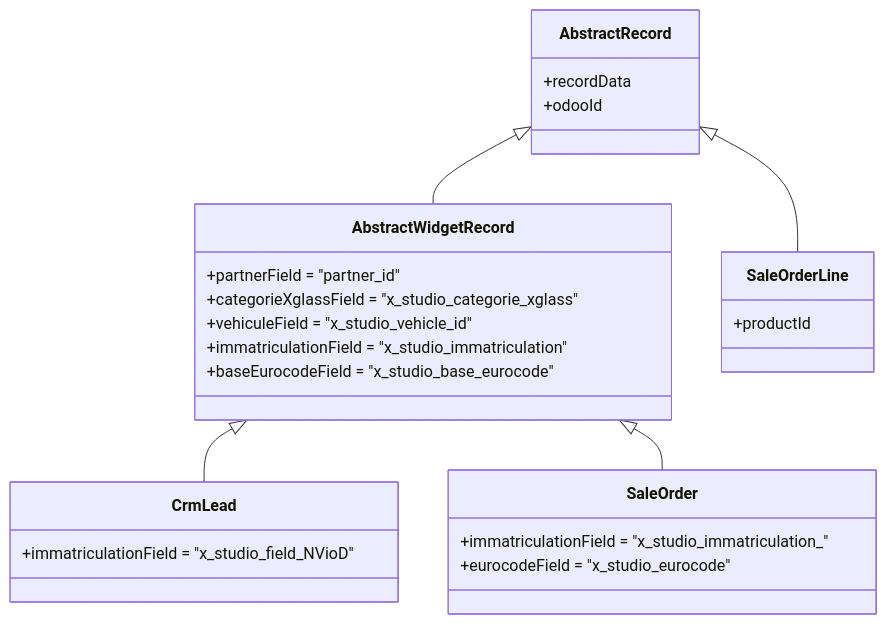
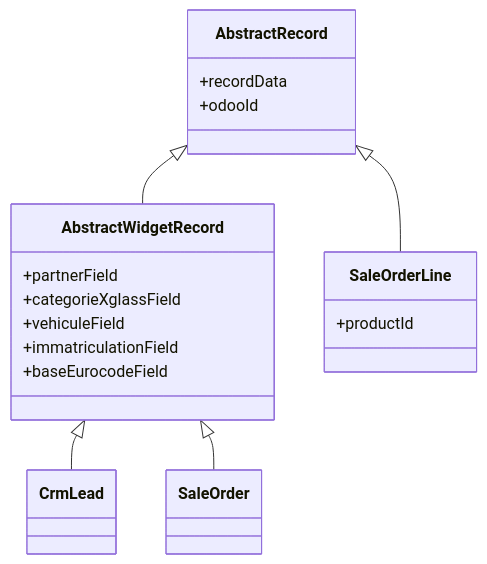
One commit to rpbmSdk/rpbm changed the third of 4 diagrams in rpbm_agent/docs/technique/frontend.md. Above: the diagram before and after it, drawn with Mermaid. The commit also changed other lines of this file and 28 other files, not shown here.

First line of the commit message:
feat: Automate Studio field creation and add comprehensive module documentation

````diff
--- a/rpbm_agent/docs/technique/frontend.md
+++ b/rpbm_agent/docs/technique/frontend.md
@@ -53,28 +53,23 @@
 ```mermaid
 classDiagram
     class AbstractRecord {
         +recordData
         +odooId
     }
     class AbstractWidgetRecord {
-        +partnerField = "partner_id"
-        +categorieXglassField = "x_studio_categorie_xglass"
-        +vehiculeField = "x_studio_vehicle_id"
-        +immatriculationField = "x_studio_immatriculation"
-        +baseEurocodeField = "x_studio_base_eurocode"
+        +partnerField
+        +categorieXglassField
+        +vehiculeField
+        +immatriculationField
+        +baseEurocodeField
     }
-    class CrmLead {
-        +immatriculationField = "x_studio_field_NVioD"
-    }
-    class SaleOrder {
-        +immatriculationField = "x_studio_immatriculation_"
-        +eurocodeField = "x_studio_eurocode"
-    }
+    class CrmLead
+    class SaleOrder
     class SaleOrderLine {
         +productId
     }
     AbstractRecord <|-- AbstractWidgetRecord
     AbstractRecord <|-- SaleOrderLine
     AbstractWidgetRecord <|-- CrmLead
     AbstractWidgetRecord <|-- SaleOrder
 ```
````
